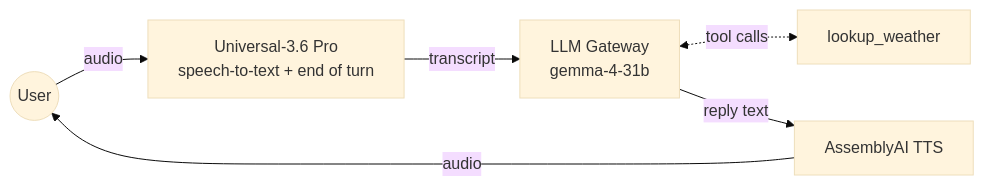
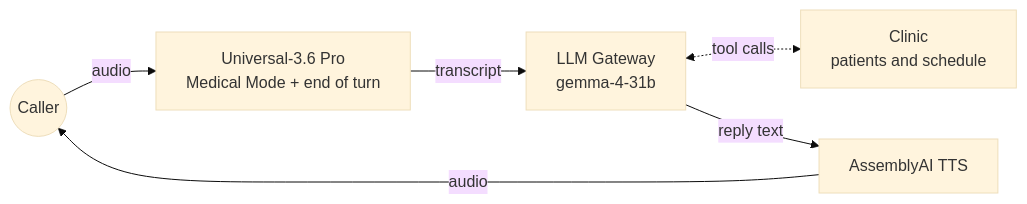
Before and after one commit to AssemblyAI-Solutions/assemblyai-livekit-reference-voice-agent: the diagram in README.md, drawn with Mermaid (base theme). The commit also changed other lines of this file and 6 other files, not shown here.

````diff
--- a/README.md
+++ b/README.md
@@ -11,8 +11,8 @@
 ```mermaid
 flowchart LR
-  user(("User")) -- audio --> stt["Universal-3.6 Pro<br/>speech-to-text + end of turn"]
+  caller(("Caller")) -- audio --> stt["Universal-3.6 Pro<br/>Medical Mode + end of turn"]
   stt -- transcript --> llm["LLM Gateway<br/>gemma-4-31b"]
-  llm <-. tool calls .-> tools["lookup_weather"]
+  llm <-. tool calls .-> clinic["Clinic<br/>patients and schedule"]
   llm -- reply text --> tts["AssemblyAI TTS"]
-  tts -- audio --> user
+  tts -- audio --> caller
 ```
````
